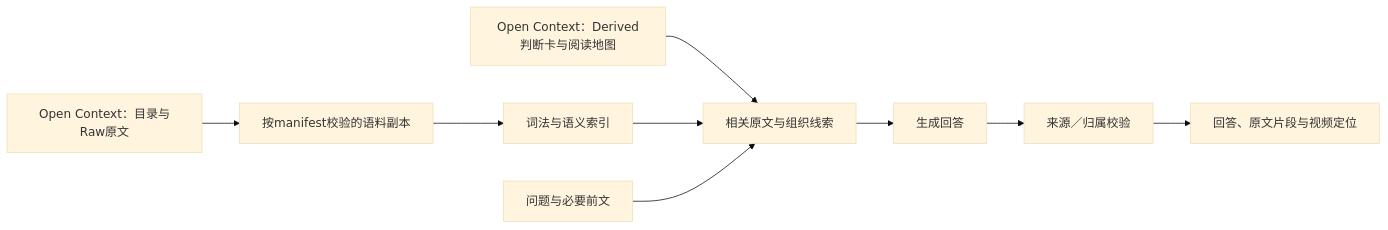
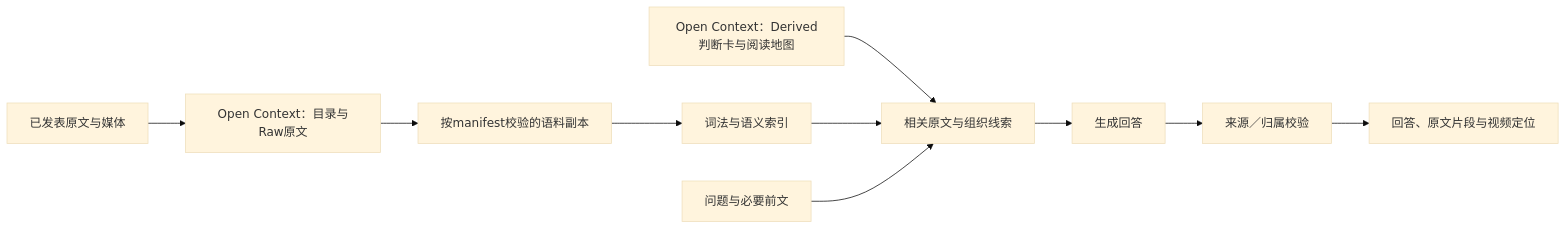
Before and after one commit to sunyuzheng/ask-lizheng: the diagram in docs/CONTEXT_ARCHITECTURE.md, drawn with Mermaid (base theme). The commit also changed other lines of this file and 10 other files, not shown here.

````diff
--- a/docs/CONTEXT_ARCHITECTURE.md
+++ b/docs/CONTEXT_ARCHITECTURE.md
@@ -5,11 +5,12 @@
 ```mermaid
 flowchart LR
+  P[已发表原文与媒体] --> A
   A[Open Context：目录与Raw原文] --> B[按manifest校验的语料副本]
   B --> C[词法与语义索引]
   D[Open Context：Derived判断卡与阅读地图] --> E[相关原文与组织线索]
   C --> E
   Q[问题与必要前文] --> E
   E --> F[生成回答]
   F --> G[来源／归属校验]
   G --> H[回答、原文片段与视频定位]
 ```
````
